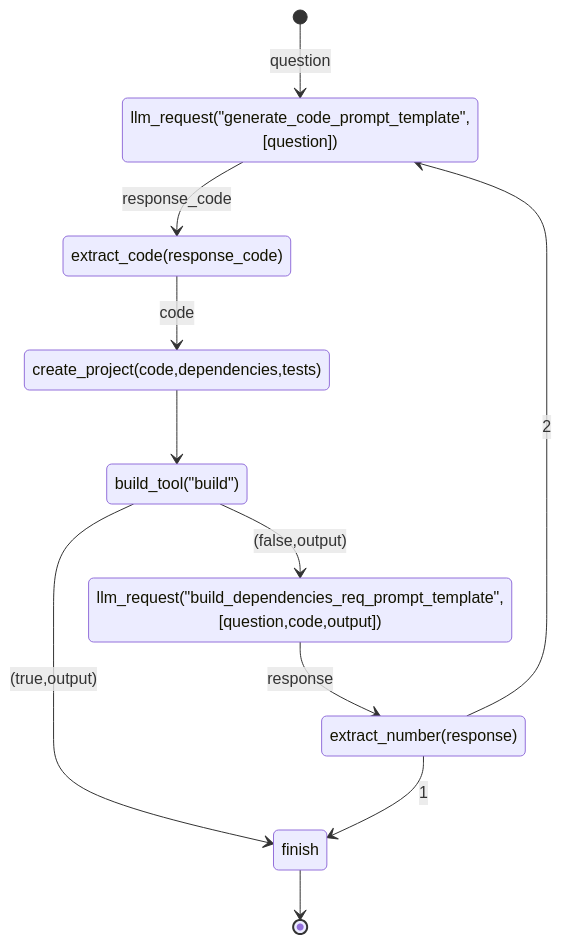
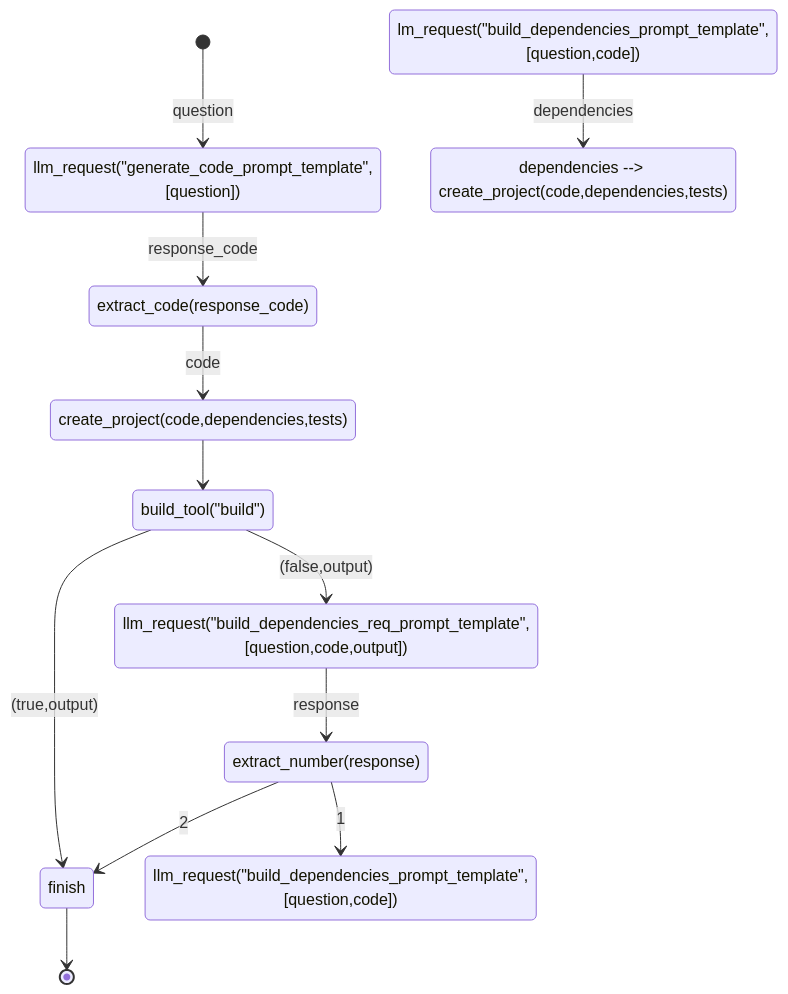
Before and after one commit to rizgan/LLM-Logic-Exec-Verify: the diagram in state.md, drawn with Mermaid.

````diff
--- a/state.md
+++ b/state.md
@@ -38,13 +38,15 @@
 ```mermaid
 stateDiagram
 [*] --> llm_request("generate_code_prompt_template",[question]) : question
 llm_request("generate_code_prompt_template",[question]) --> extract_code(response_code) : response_code
 extract_code(response_code) --> create_project(code,dependencies,tests) : code
 create_project(code,dependencies,tests) --> build_tool("build")
 build_tool("build") --> finish : (true,output) 
 build_tool("build") --> llm_request("build_dependencies_req_prompt_template",[question,code,output]) : (false,output) 
 llm_request("build_dependencies_req_prompt_template",[question,code,output])  --> extract_number(response) : response
-extract_number(response) --> finish : 1
-extract_number(response) -->  llm_request("generate_code_prompt_template",[question]) : 2
+extract_number(response) --> finish : 2
+extract_number(response) -->  llm_request("build_dependencies_prompt_template",[question,code]) : 1
+lm_request("build_dependencies_prompt_template",[question,code]) --> extract_code(dependencies) : dependencies
+extract_code(dependencies) : dependencies --> create_project(code,dependencies,tests) 
 finish --> [*]
 ```
````
